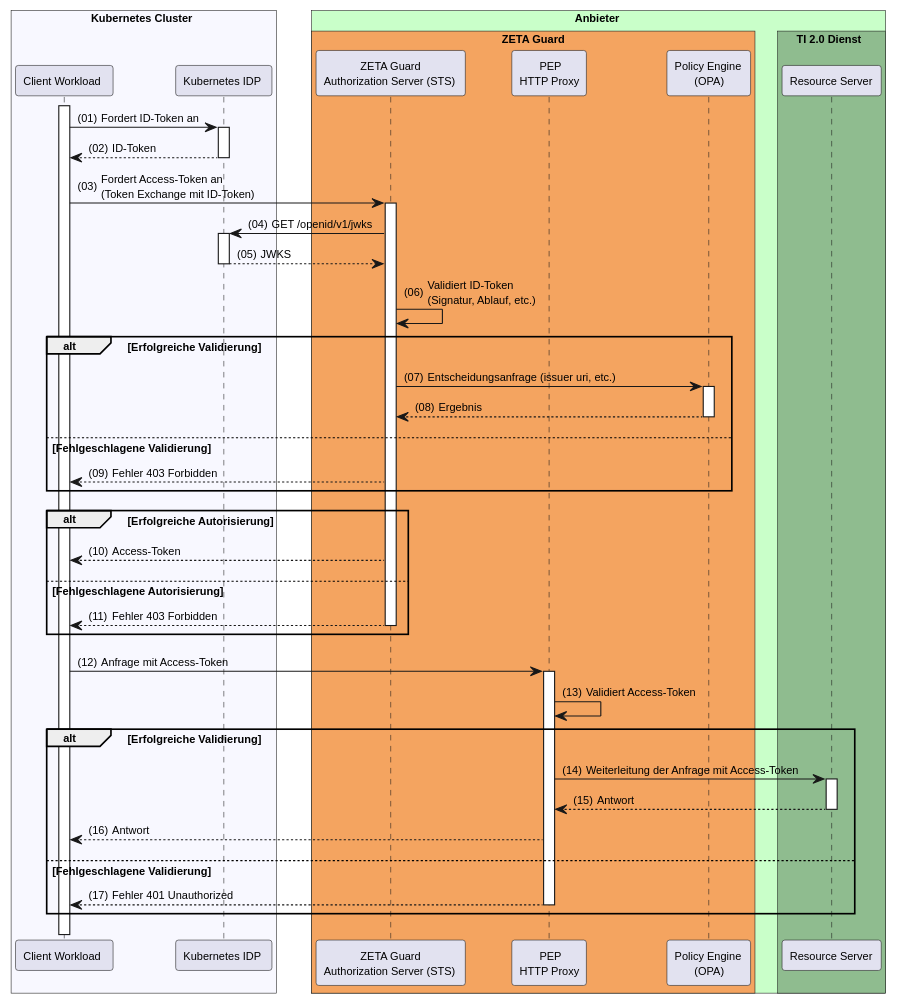
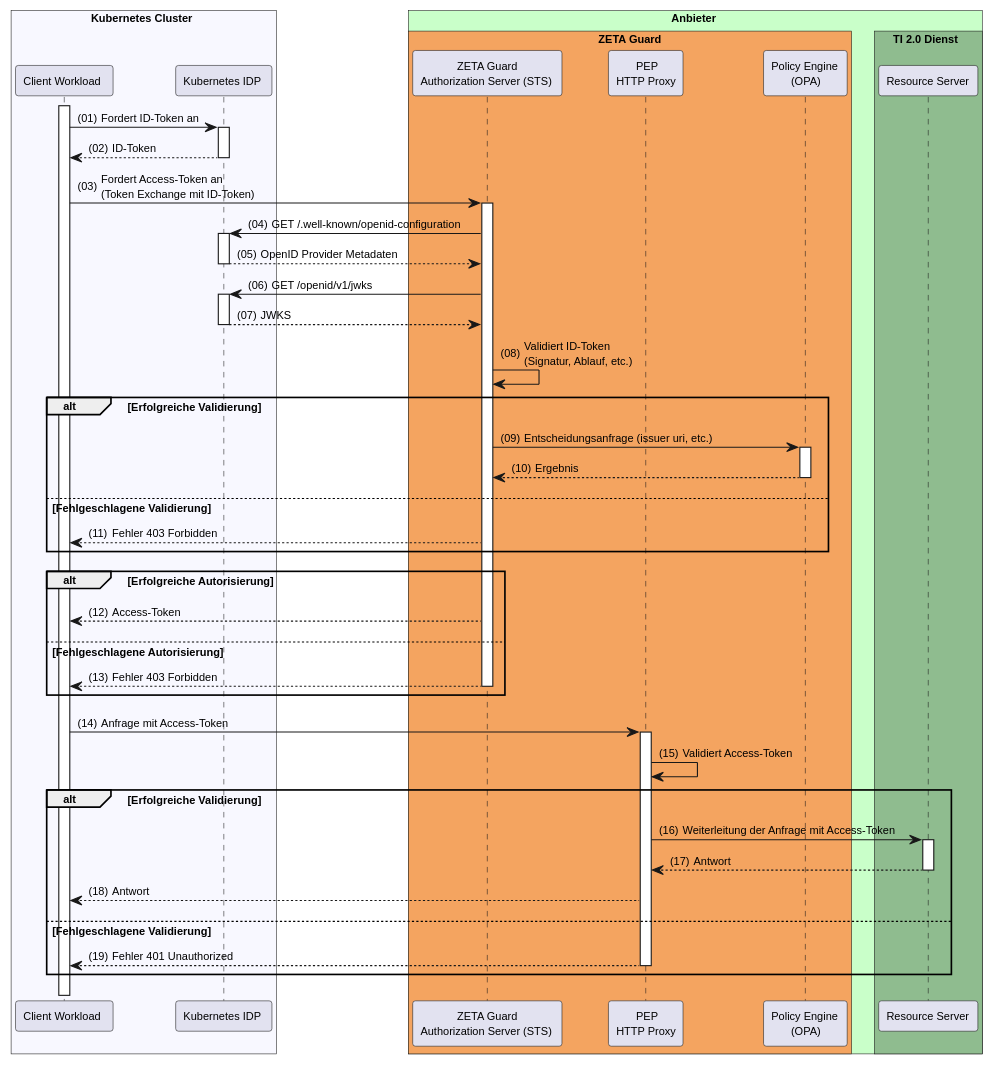
One commit to gematik/zeta changed the diagram in src/plantuml/zeta-workload-identity-federation/zeta-workload-identity-federation.puml. Above: the diagram before and after it, drawn with PlantUML.

Commit message:
Add OpenID configuration retrieval to ZetaSTS flow in PlantUML diagram

```diff
--- a/src/plantuml/zeta-workload-identity-federation/zeta-workload-identity-federation.puml
+++ b/src/plantuml/zeta-workload-identity-federation/zeta-workload-identity-federation.puml
@@ -1,60 +1,62 @@
 @startuml "zeta-workload-identity-federation"
 
 autonumber "(00)"
 skinparam defaultFontSize 10
 skinparam defaultFontName Helvetica
 skinparam DefaultMonospacedFontName Courier
 skinparam lengthAdjust none
 skinparam sequenceReferenceBackgroundColor White
 skinparam SequenceReferenceFontSize 12
 
 !pragma teoz true
 
 box "Kubernetes Cluster" #GhostWhite
   participant "Client Workload" as Client
   participant "Kubernetes IDP" as K8sIDP
 end box
 
 box "Anbieter" #TECHNOLOGY
   box "ZETA Guard" #SandyBrown
     participant "ZETA Guard\nAuthorization Server (STS)" as ZetaSTS
     participant "PEP\nHTTP Proxy" as HP
     participant "Policy Engine\n(OPA)" as OPA
   end box
     box TI 2.0 Dienst #DarkSeaGreen
         participant "Resource Server" as ResourceServer
     end box
 end box
 
 activate Client
 Client -> K8sIDP++: Fordert ID-Token an
 K8sIDP --> Client--: ID-Token
 
 Client -> ZetaSTS++: Fordert Access-Token an\n(Token Exchange mit ID-Token)
+ZetaSTS -> K8sIDP++:  GET /.well-known/openid-configuration
+K8sIDP --> ZetaSTS--: OpenID Provider Metadaten
 ZetaSTS -> K8sIDP++:  GET /openid/v1/jwks
 K8sIDP --> ZetaSTS--: JWKS
 ZetaSTS -> ZetaSTS: Validiert ID-Token\n(Signatur, Ablauf, etc.)
 alt Erfolgreiche Validierung
   ZetaSTS -> OPA++: Entscheidungsanfrage (issuer uri, etc.)
   OPA --> ZetaSTS--: Ergebnis
 else Fehlgeschlagene Validierung
   ZetaSTS --> Client: Fehler 403 Forbidden
 end
 alt Erfolgreiche Autorisierung
     ZetaSTS --> Client: Access-Token
 else Fehlgeschlagene Autorisierung
     ZetaSTS --> Client--: Fehler 403 Forbidden
 end
 
 Client -> HP++: Anfrage mit Access-Token
 HP -> HP: Validiert Access-Token
  alt Erfolgreiche Validierung
   HP -> ResourceServer++: Weiterleitung der Anfrage mit Access-Token
   ResourceServer --> HP--: Antwort
   HP --> Client: Antwort
  else Fehlgeschlagene Validierung
     HP --> Client--: Fehler 401 Unauthorized
  end
 
 deactivate Client
 @enduml
```
